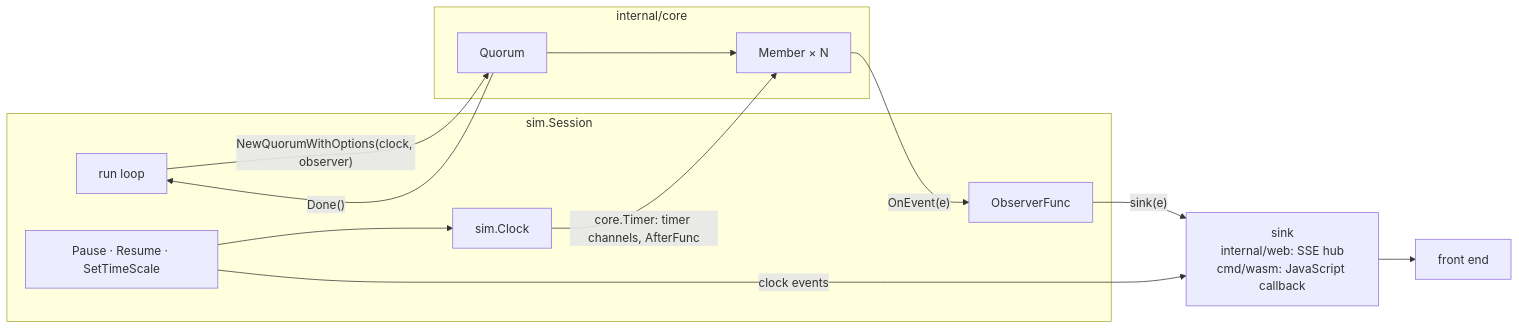
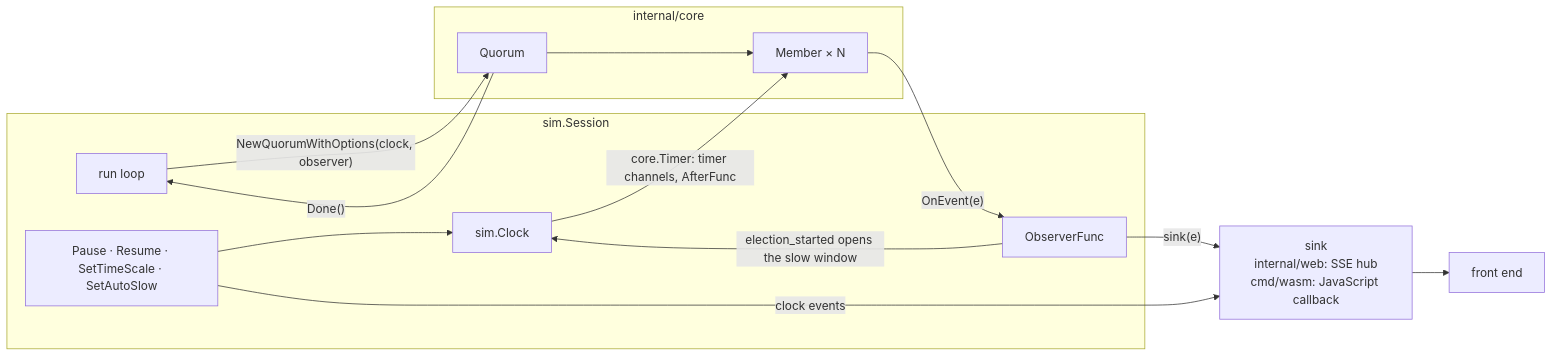
Before and after one commit to yusaanthya/quorum-election-simulator: the third of 4 diagrams in docs/architecture.md, drawn with Mermaid. The commit also changed other lines of this file and 1 other file, not shown here.

First line of the commit message:
docs: describe automatic slow motion during elections (#45)

````diff
--- a/docs/architecture.md
+++ b/docs/architecture.md
@@ -96,22 +96,23 @@
 ```mermaid
 flowchart LR
     subgraph session["sim.Session"]
-        ctl["Pause · Resume · SetTimeScale"]
+        ctl["Pause · Resume · SetTimeScale · SetAutoSlow"]
         clock["sim.Clock"]
         run["run loop"]
         obs["ObserverFunc"]
     end
     subgraph core["internal/core"]
         quorum["Quorum"]
         member["Member × N"]
     end
     ctl --> clock
     run -- "NewQuorumWithOptions(clock, observer)" --> quorum
     quorum --> member
     clock -- "core.Timer: timer channels, AfterFunc" --> member
     member -- "OnEvent(e)" --> obs
+    obs -- "election_started opens the slow window" --> clock
     quorum -- "Done()" --> run
     obs -- "sink(e)" --> sink["sink<br/>internal/web: SSE hub<br/>cmd/wasm: JavaScript callback"]
     ctl -- "clock events" --> sink
     sink --> fe["front end"]
 ```
````
